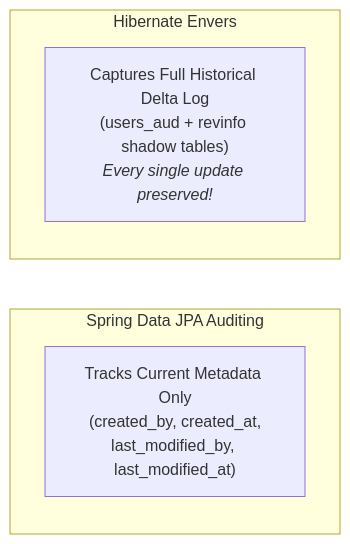
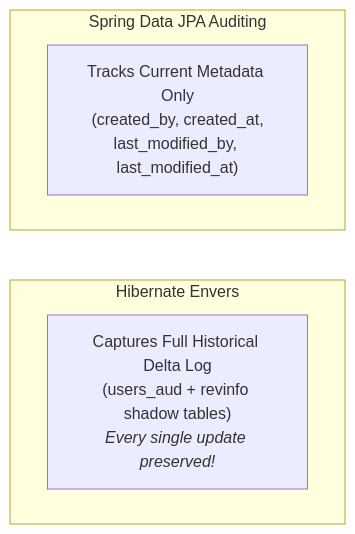
Before and after one commit to Rohit1024/spring-boot-mastery: the first of 3 diagrams in docs/lessons/0017-entity-auditing-and-spring-data-envers.md, drawn with Mermaid. The commit also changed other lines of this file and 42 other files, not shown here.

````diff
--- a/docs/lessons/0017-entity-auditing-and-spring-data-envers.md
+++ b/docs/lessons/0017-entity-auditing-and-spring-data-envers.md
@@ -17,10 +17,12 @@
 ``` mermaid
-flowchart LR
+flowchart TD
     subgraph JPAAudit["Spring Data JPA Auditing"]
         JPAField["Tracks Current Metadata Only<br/>(created_by, created_at,<br/>last_modified_by, last_modified_at)"]
     end
 
     subgraph Envers["Hibernate Envers"]
         ShadowTable["Captures Full Historical Delta Log<br/>(users_aud + revinfo shadow tables)<br/><i>Every single update preserved!</i>"]
     end
+
+    JPAAudit ~~~ Envers
 ```
````
